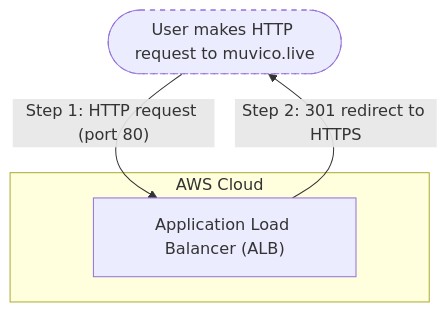
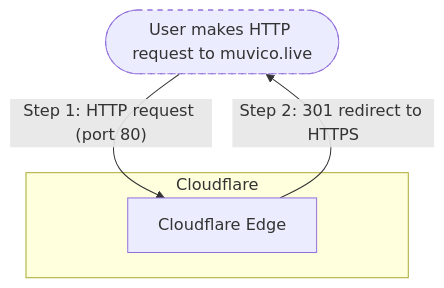
The second of 2 diagrams in documentation/architecture/cloud-deployment.md (MuViCo/MuViCo), drawn with Mermaid before and after one commit. The commit also changed other lines of this file and 3 other files, not shown here.

````diff
--- a/documentation/architecture/cloud-deployment.md
+++ b/documentation/architecture/cloud-deployment.md
@@ -118,14 +109,14 @@
 ```mermaid
 flowchart TD
     User(["User makes HTTP request to muvico.live"])
-    ALB["Application Load Balancer (ALB)"]
+    CF["Cloudflare Edge"]
 
     classDef external stroke-dasharray: 5 5
 
-    User:::external -->|"Step 1: HTTP request (port 80)"| ALB
-    ALB -->|"Step 2: 301 redirect to HTTPS"| User
+    User:::external -->|"Step 1: HTTP request (port 80)"| CF
+    CF -->|"Step 2: 301 redirect to HTTPS"| User
 
-    subgraph "AWS Cloud"
-        ALB
+    subgraph "Cloudflare"
+        CF
     end
 ```
````
